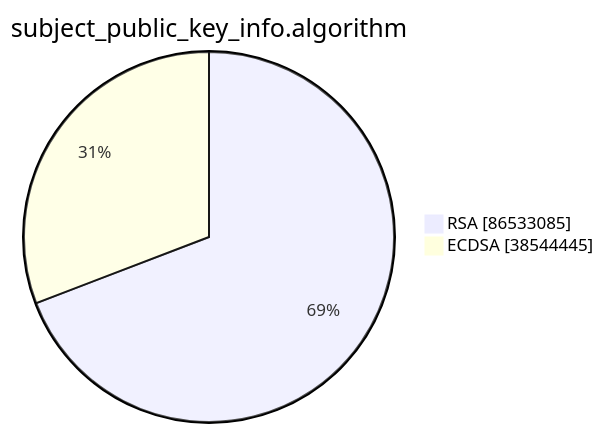
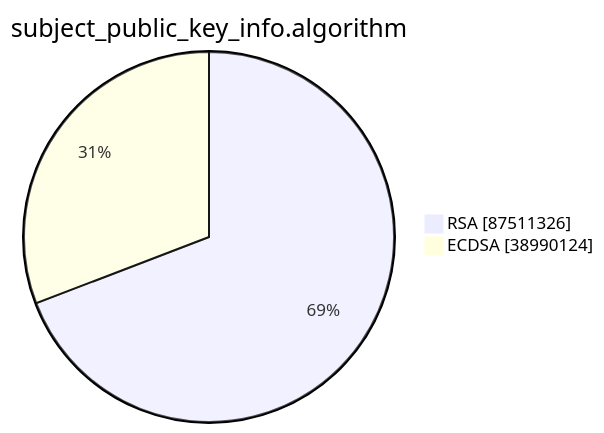
The second of 15 diagrams in xenon2023/README.md (christiankrug/ctmonitor_visualization), drawn with Mermaid before and after one commit. The commit also changed other lines of this file, not shown here.

````diff
--- a/xenon2023/README.md
+++ b/xenon2023/README.md
@@ -6,6 +6,6 @@
 ```mermaid
 pie showData
 title subject_public_key_info.algorithm
-"RSA" :86533085
-"ECDSA" :38544445
+"RSA" :87511326
+"ECDSA" :38990124
 ```
````
